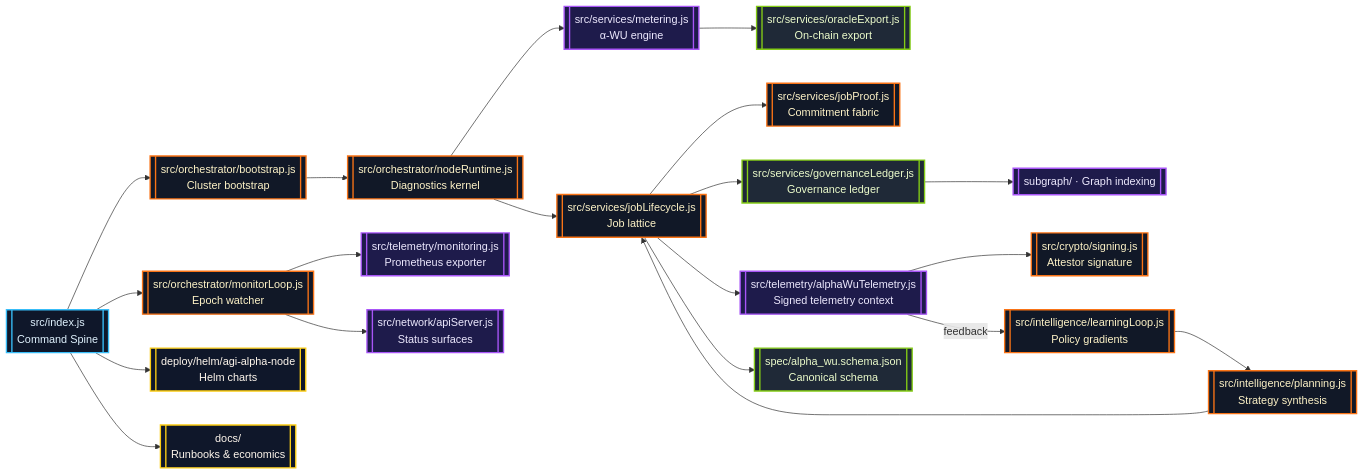
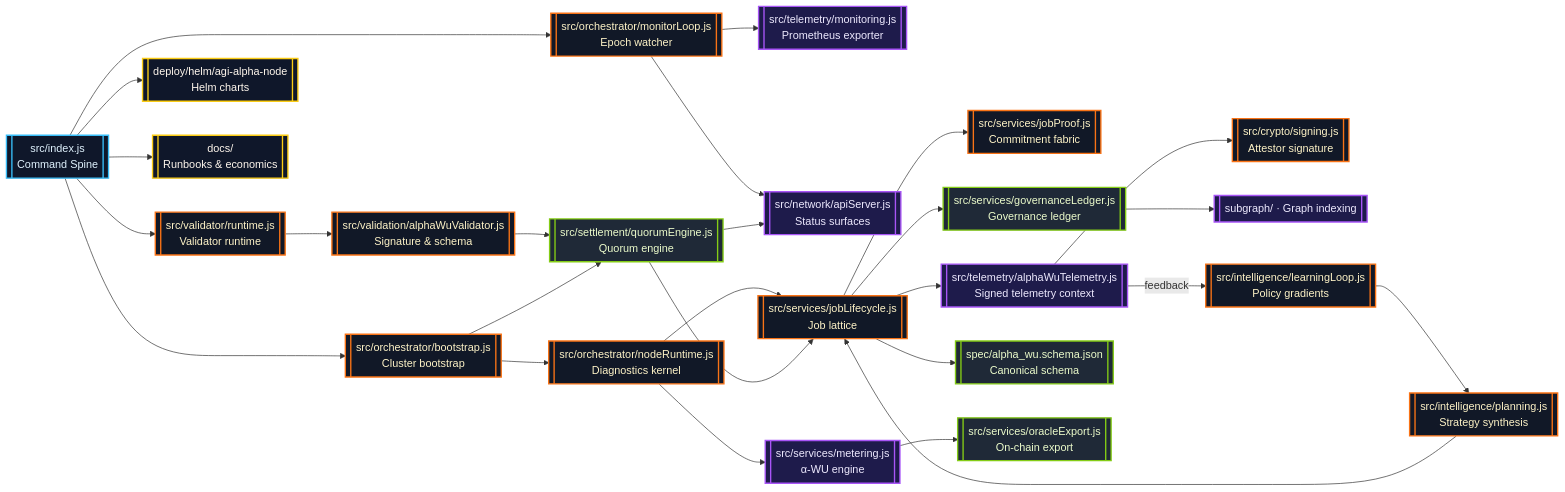
One commit to MontrealAI/AGI-Alpha-Node-v0 changed the first of 4 diagrams in README.md. Above: the diagram before and after it, drawn with Mermaid. The commit also changed other lines of this file and 21 other files, not shown here.

````diff
--- a/README.md
+++ b/README.md
@@ -67,28 +68,34 @@
 ```mermaid
 flowchart LR
   classDef core fill:#0f172a,stroke:#38bdf8,stroke-width:2px,color:#e0f2fe;
   classDef service fill:#111827,stroke:#f97316,stroke-width:2px,color:#fef3c7;
   classDef ledger fill:#1f2937,stroke:#84cc16,stroke-width:2px,color:#ecfccb;
   classDef observ fill:#1e1b4b,stroke:#a855f7,stroke-width:2px,color:#ede9fe;
   classDef ops fill:#0f172a,stroke:#facc15,stroke-width:2px,color:#fff7ed;
 
   CLI[[src/index.js<br/>Command Spine]]:::core --> Bootstrap[[src/orchestrator/bootstrap.js<br/>Cluster bootstrap]]:::service
   CLI --> Monitor[[src/orchestrator/monitorLoop.js<br/>Epoch watcher]]:::service
+  CLI --> Validator[[src/validator/runtime.js<br/>Validator runtime]]:::service
   Monitor --> Telemetry[[src/telemetry/monitoring.js<br/>Prometheus exporter]]:::observ
   Monitor --> StatusAPI[[src/network/apiServer.js<br/>Status surfaces]]:::observ
   Bootstrap --> Runtime[[src/orchestrator/nodeRuntime.js<br/>Diagnostics kernel]]:::service
   Runtime --> Metering[[src/services/metering.js<br/>α-WU engine]]:::observ
   Runtime --> Lifecycle[[src/services/jobLifecycle.js<br/>Job lattice]]:::service
   Lifecycle --> Proofs[[src/services/jobProof.js<br/>Commitment fabric]]:::service
   Lifecycle --> Ledger[[src/services/governanceLedger.js<br/>Governance ledger]]:::ledger
   Lifecycle --> TelemetryWu[[src/telemetry/alphaWuTelemetry.js<br/>Signed telemetry context]]:::observ
+  Validator --> AlphaValidator[[src/validation/alphaWuValidator.js<br/>Signature & schema]]:::service
+  AlphaValidator --> Quorum[[src/settlement/quorumEngine.js<br/>Quorum engine]]:::ledger
+  Bootstrap --> Quorum
+  Quorum --> Lifecycle
   TelemetryWu --> Signing[[src/crypto/signing.js<br/>Attestor signature]]:::service
   Lifecycle --> AlphaStore[[spec/alpha_wu.schema.json<br/>Canonical schema]]:::ledger
   Metering --> Oracle[[src/services/oracleExport.js<br/>On-chain export]]:::ledger
   Ledger --> Subgraph[[subgraph/ · Graph indexing]]:::observ
   CLI --> Deploy[[deploy/helm/agi-alpha-node<br/>Helm charts]]:::ops
   CLI --> Docs[[docs/<br/>Runbooks & economics]]:::ops
   TelemetryWu -->|feedback| Learning[[src/intelligence/learningLoop.js<br/>Policy gradients]]:::service
   Learning --> Planning[[src/intelligence/planning.js<br/>Strategy synthesis]]:::service
   Planning --> Lifecycle
+  Quorum --> StatusAPI
 ```
````
